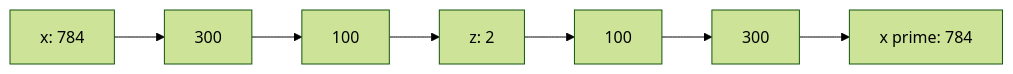
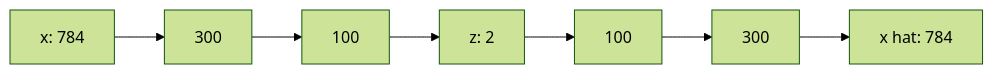
The diagram in src/content/post/cse425-final-autoencoders/index.md (lubdhak7414/lubdhak7414.github.io), drawn with Mermaid (forest theme) before and after one commit. The commit also changed other lines of this file and 31 other files, not shown here.

````diff
--- a/src/content/post/cse425-final-autoencoders/index.md
+++ b/src/content/post/cse425-final-autoencoders/index.md
@@ -21,9 +56,9 @@
 ```mermaid
 flowchart LR
   A["x: 784"] --> B["300"]
   B --> C["100"]
   C --> D["z: 2"]
   D --> E["100"]
   E --> F["300"]
-  F --> G["x prime: 784"]
+  F --> G["x hat: 784"]
 ```
````
